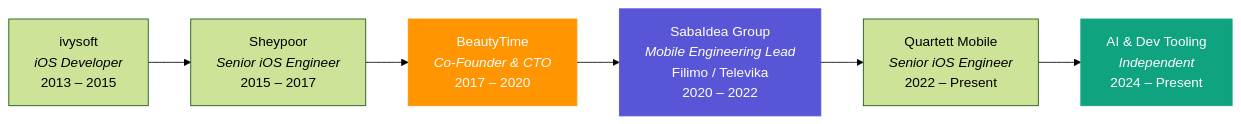
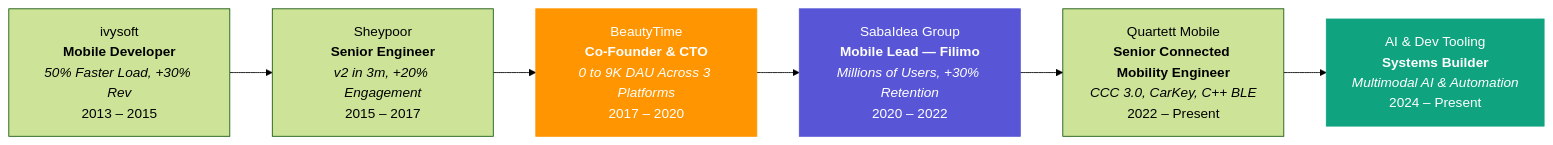
One commit to aakpro/resume changed the first of 2 diagrams in README.md. Above: the diagram before and after it, drawn with Mermaid (forest theme). The commit also changed other lines of this file and 1 other file, not shown here.

Commit message:
feat: reframe to cross-platform technical lead with high-impact achiever metrics

````diff
--- a/README.md
+++ b/README.md
@@ -52,12 +50,12 @@
 ```mermaid
 flowchart LR
-    A["ivysoft<br/><i>iOS Developer</i><br/>2013 – 2015"] --> B["Sheypoor<br/><i>Senior iOS Engineer</i><br/>2015 – 2017"]
-    B --> C["BeautyTime<br/><i>Co-Founder & CTO</i><br/>2017 – 2020"]
-    C --> D["SabaIdea Group<br/><i>Mobile Engineering Lead</i><br/>Filimo / Televika<br/>2020 – 2022"]
-    D --> E["Quartett Mobile<br/><i>Senior iOS Engineer</i><br/>2022 – Present"]
-    E --> F["AI & Dev Tooling<br/><i>Independent</i><br/>2024 – Present"]
+    A["ivysoft<br/><b>Mobile Developer</b><br/><i>50% Faster Load, +30% Rev</i><br/>2013 – 2015"] --> B["Sheypoor<br/><b>Senior Engineer</b><br/><i>v2 in 3m, +20% Engagement</i><br/>2015 – 2017"]
+    B --> C["BeautyTime<br/><b>Co-Founder & CTO</b><br/><i>0 to 9K DAU Across 3 Platforms</i><br/>2017 – 2020"]
+    C --> D["SabaIdea Group<br/><b>Mobile Lead — Filimo</b><br/><i>Millions of Users, +30% Retention</i><br/>2020 – 2022"]
+    D --> E["Quartett Mobile<br/><b>Senior Connected Mobility Engineer</b><br/><i>CCC 3.0, CarKey, C++ BLE</i><br/>2022 – Present"]
+    E --> F["AI & Dev Tooling<br/><b>Systems Builder</b><br/><i>Multimodal AI & Automation</i><br/>2024 – Present"]
 
     style C fill:#FF9500,color:#fff,stroke:#FF9500
     style D fill:#5856D6,color:#fff,stroke:#5856D6
     style F fill:#10A37F,color:#fff,stroke:#10A37F
 ```
````
